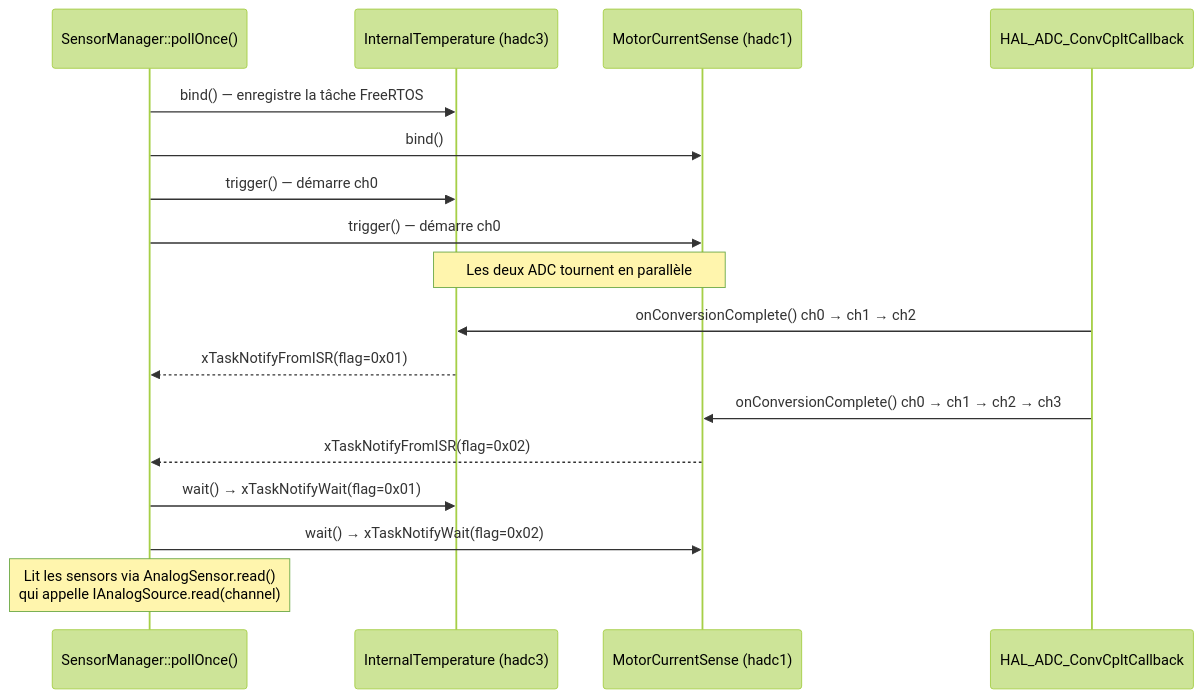
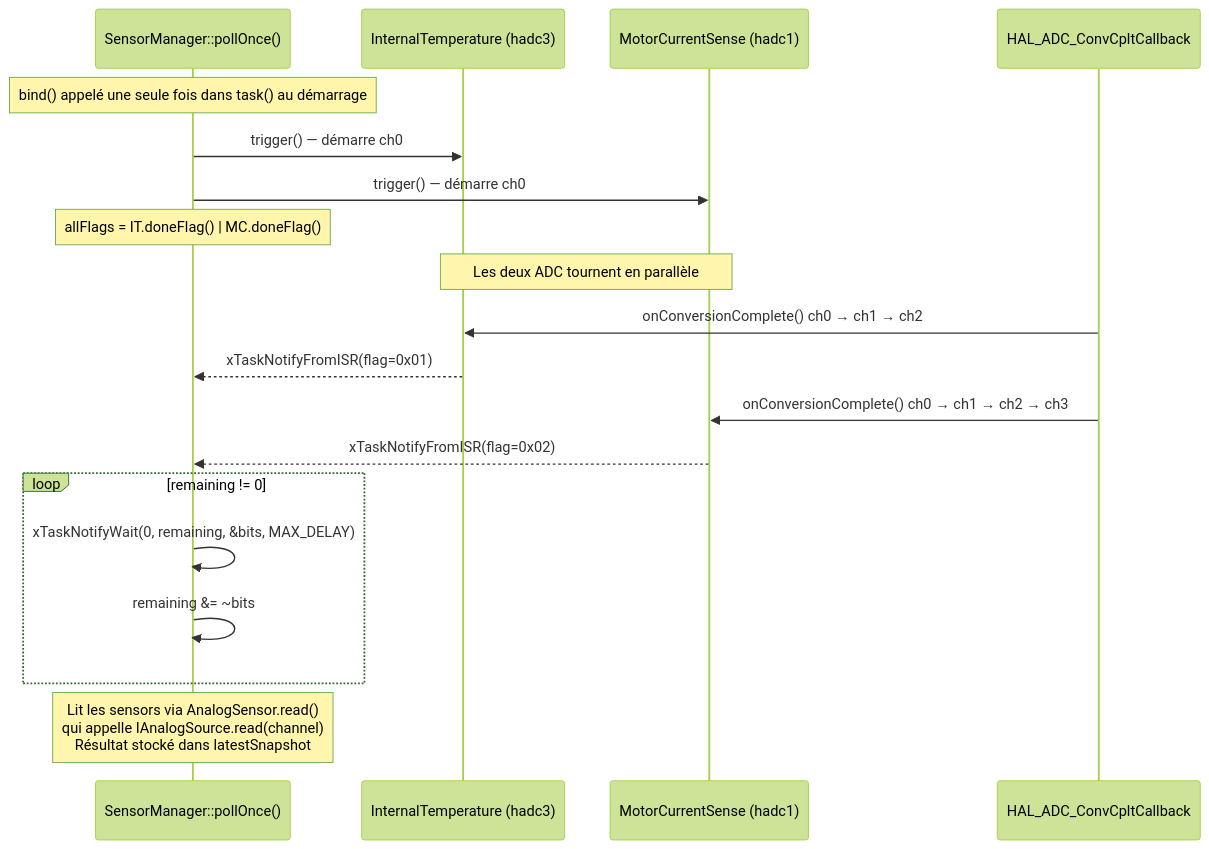
The second of 2 diagrams in architecture_sensors.md (Soupalognon/Wall-A-Software), drawn with Mermaid (forest theme) before and after one commit. The commit also changed other lines of this file and 13 other files, not shown here.

````diff
--- a/architecture_sensors.md
+++ b/architecture_sensors.md
@@ -132,23 +161,26 @@
 ```mermaid
 sequenceDiagram
     participant SM as SensorManager::pollOnce()
     participant IT as InternalTemperature (hadc3)
     participant MC as MotorCurrentSense (hadc1)
     participant ISR as HAL_ADC_ConvCpltCallback
 
-    SM->>IT: bind() — enregistre la tâche FreeRTOS
-    SM->>MC: bind()
+    Note over SM: bind() appelé une seule fois dans task() au démarrage
 
     SM->>IT: trigger() — démarre ch0
     SM->>MC: trigger() — démarre ch0
-    note over IT,MC: Les deux ADC tournent en parallèle
+    Note over SM: allFlags = IT.doneFlag() | MC.doneFlag()
+    Note over IT,MC: Les deux ADC tournent en parallèle
 
     ISR->>IT: onConversionComplete() ch0 → ch1 → ch2
     IT-->>SM: xTaskNotifyFromISR(flag=0x01)
     ISR->>MC: onConversionComplete() ch0 → ch1 → ch2 → ch3
     MC-->>SM: xTaskNotifyFromISR(flag=0x02)
 
-    SM->>IT: wait() → xTaskNotifyWait(flag=0x01)
-    SM->>MC: wait() → xTaskNotifyWait(flag=0x02)
-    note over SM: Lit les sensors via AnalogSensor.read()<br/>qui appelle IAnalogSource.read(channel)
+    loop remaining != 0
+        SM->>SM: xTaskNotifyWait(0, remaining, &bits, MAX_DELAY)
+        SM->>SM: remaining &= ~bits
+    end
+
+    Note over SM: Lit les sensors via AnalogSensor.read()<br/>qui appelle IAnalogSource.read(channel)<br/>Résultat stocké dans latestSnapshot
 ```
````
